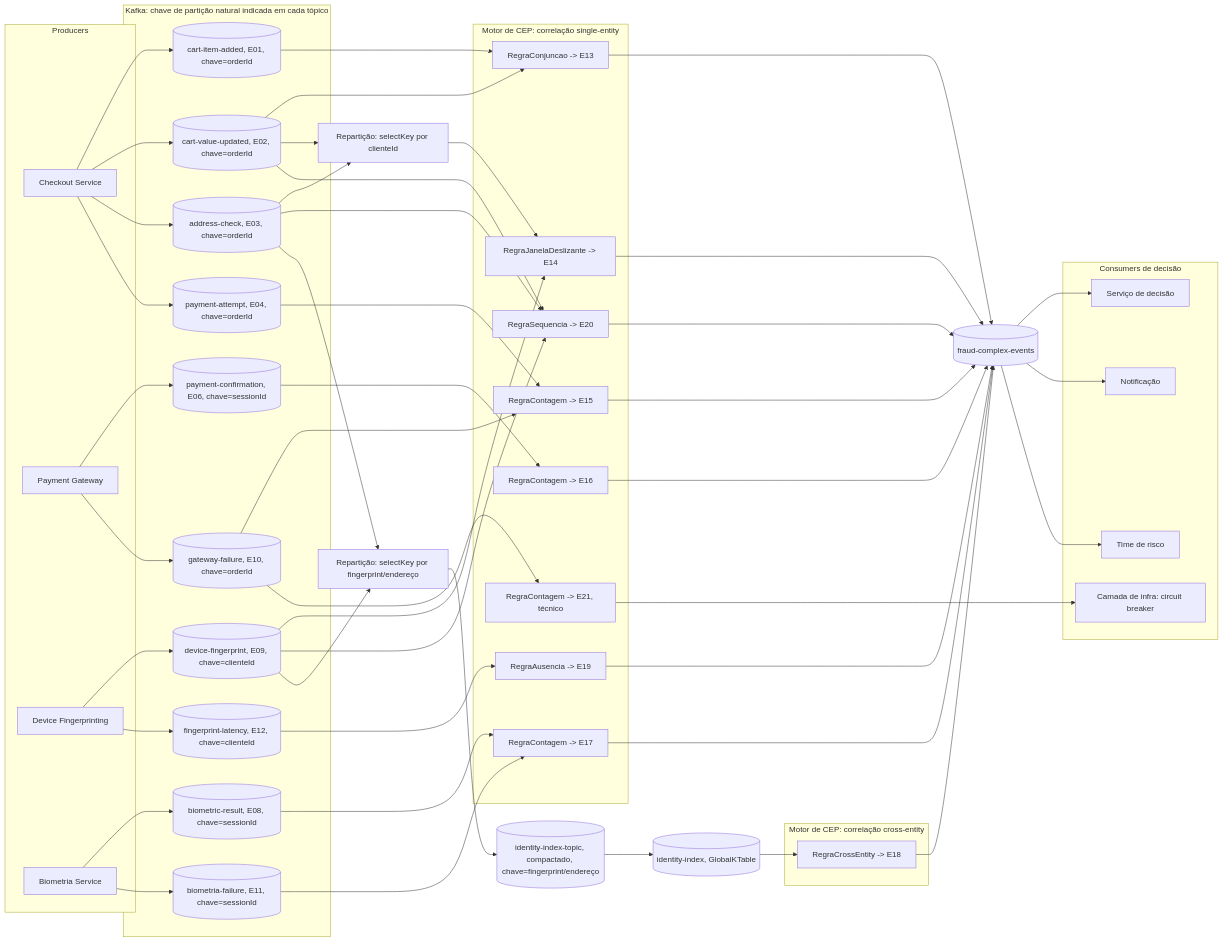
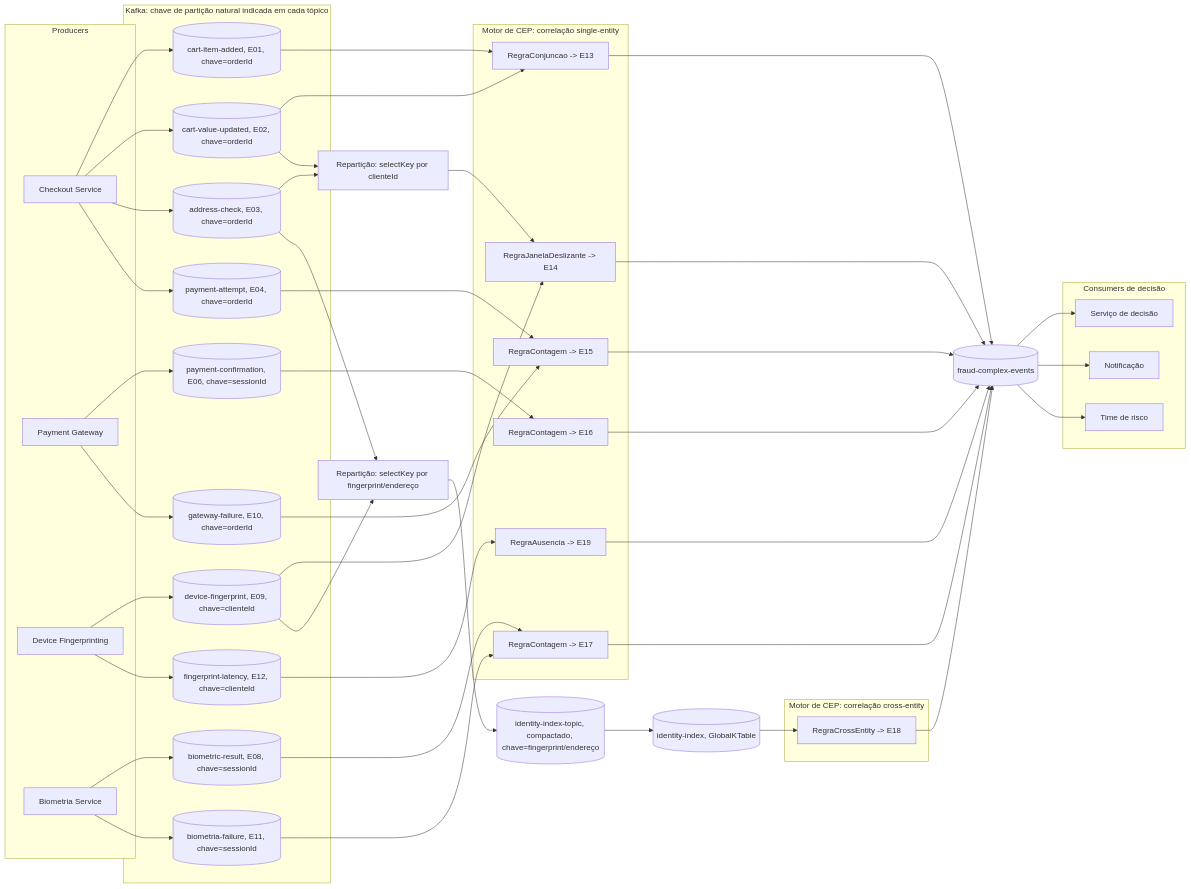
Before and after one commit to AndreLobo1/scsdscd: the second of 6 diagrams in ponderada-cep-antifraude.md, drawn with Mermaid. The commit also changed other lines of this file, not shown here.

````diff
--- a/ponderada-cep-antifraude.md
+++ b/ponderada-cep-antifraude.md
@@ -221,12 +214,10 @@
     subgraph CEPSingle["Motor de CEP: correlação single-entity"]
         P13[RegraConjuncao -> E13]
         P14[RegraJanelaDeslizante -> E14]
-        P20[RegraSequencia -> E20]
         P19[RegraAusencia -> E19]
         P15[RegraContagem -> E15]
         P16[RegraContagem -> E16]
         P17[RegraContagem -> E17]
-        P21[RegraContagem -> E21, técnico]
     end
 
     subgraph CEPCross["Motor de CEP: correlação cross-entity"]
@@ -239,7 +230,6 @@
         D1[Serviço de decisão]
         D2[Notificação]
         D3[Time de risco]
-        D4[Camada de infra: circuit breaker]
     end
 
     A1 --> T1
@@ -259,16 +249,12 @@
     T3 --> RK1
     T2 --> RK1
     RK1 --> P14
-    T3 --> P20
-    T6 --> P20
-    T2 --> P20
     T10 --> P19
     T4 --> P15
     T8 --> P15
     T5 --> P16
     T7 --> P17
     T9 --> P17
-    T8 --> P21
 
     T6 --> RK2
     T3 --> RK2
@@ -278,7 +264,6 @@
 
     P13 --> S1
     P14 --> S1
-    P20 --> S1
     P19 --> S1
     P15 --> S1
     P16 --> S1
@@ -288,5 +273,4 @@
     S1 --> D1
     S1 --> D2
     S1 --> D3
-    P21 --> D4
 ```
````
